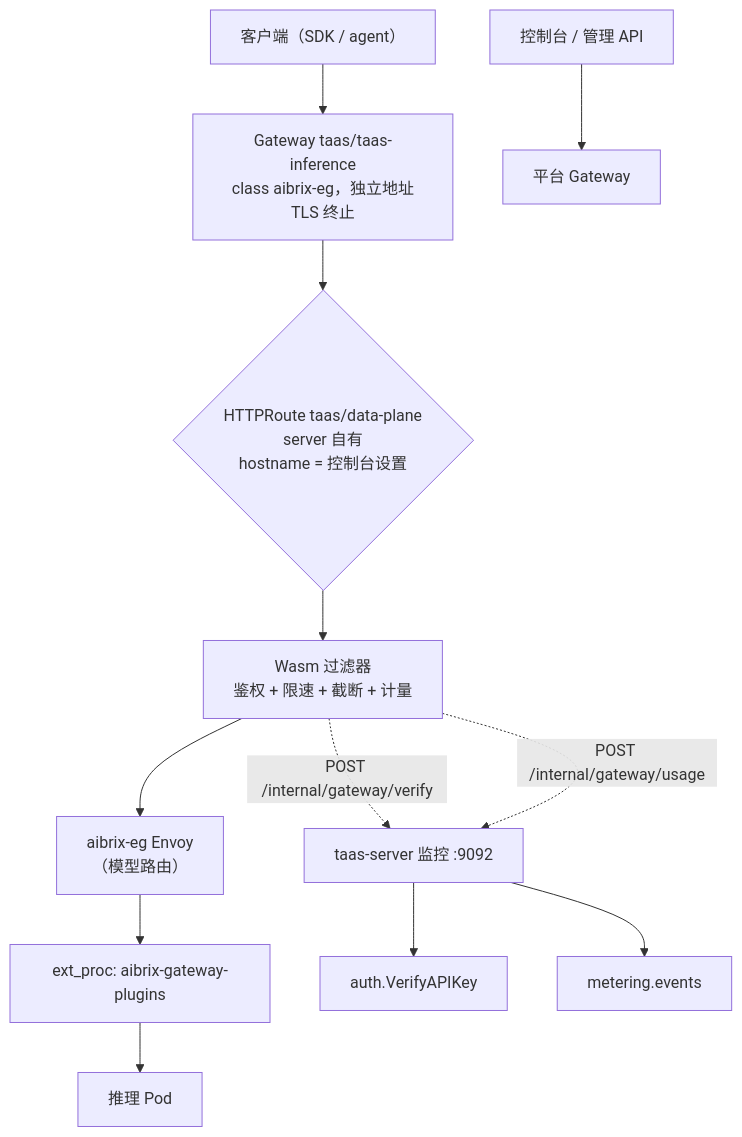
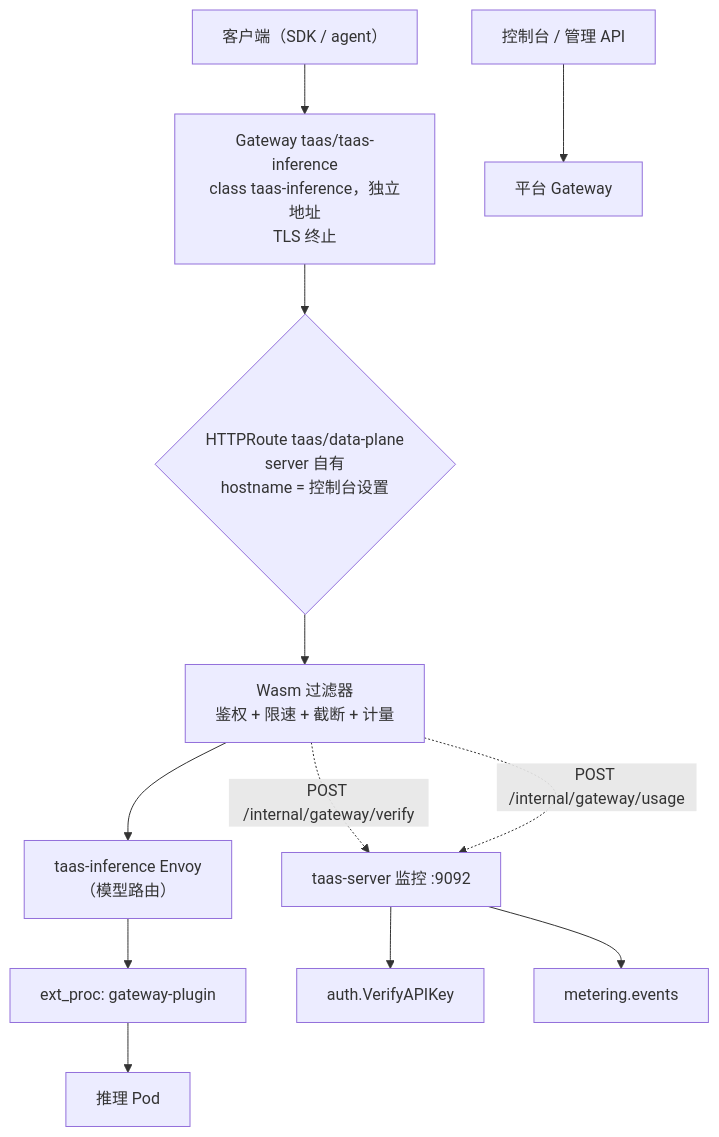
The first of 2 diagrams in site/docs/architecture/data-plane-gateway-plugin.zh-cn.md (go-taas/go-taas), drawn with Mermaid before and after one commit. The commit also changed other lines of this file and 151 other files, not shown here.

````diff
--- a/site/docs/architecture/data-plane-gateway-plugin.zh-cn.md
+++ b/site/docs/architecture/data-plane-gateway-plugin.zh-cn.md
@@ -69,15 +69,15 @@
 ```mermaid
 flowchart TD
-    C["客户端（SDK / agent）"] --> GW["Gateway taas/taas-inference<br/>class aibrix-eg，独立地址<br/>TLS 终止"]
+    C["客户端（SDK / agent）"] --> GW["Gateway taas/taas-inference<br/>class taas-inference，独立地址<br/>TLS 终止"]
     GW --> DP{"HTTPRoute taas/data-plane<br/>server 自有<br/>hostname = 控制台设置"}
     DP --> WASM["Wasm 过滤器<br/>鉴权 + 限速 + 截断 + 计量"]
-    WASM --> AIB["aibrix-eg Envoy<br/>（模型路由）"]
-    AIB --> EXT["ext_proc: aibrix-gateway-plugins"]
+    WASM --> AIB["taas-inference Envoy<br/>（模型路由）"]
+    AIB --> EXT["ext_proc: gateway-plugin"]
     EXT --> POD["推理 Pod"]
     WASM -.->|POST /internal/gateway/verify| API["taas-server 监控 :9092"]
     WASM -.->|POST /internal/gateway/usage| API
     API --> AUTH["auth.VerifyAPIKey"]
     API --> MQ["metering.events"]
 
     CON["控制台 / 管理 API"] --> PGW["平台 Gateway"]
 ```
````
